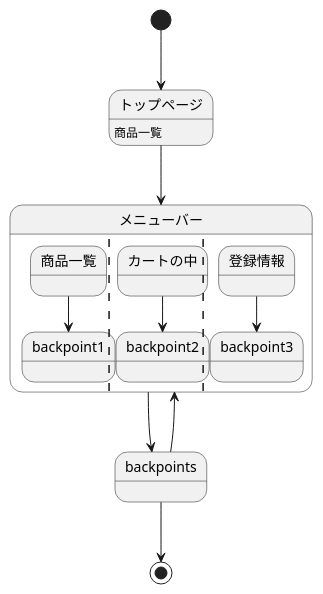
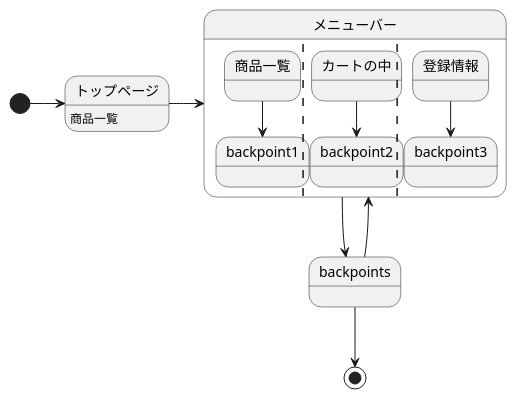
Before and after one commit to Aso2001385/2021sys-design: the diagram in sample/StateMachine.md, drawn with PlantUML.

````diff
--- a/sample/StateMachine.md
+++ b/sample/StateMachine.md
@@ -1,19 +1,19 @@
 ```uml
 @startuml
 
-[*] --> トップページ
+[*] -> トップページ
 トップページ: 商品一覧
-トップページ --> メニューバー
+トップページ -> メニューバー
 state メニューバー {
  商品一覧 --> backpoint1
  ||
  カートの中 --> backpoint2
  ||
  登録情報 --> backpoint3
 }
 メニューバー --> backpoints
 backpoints --> メニューバー
 backpoints --> [*]
 
 @enduml
 ```
````
